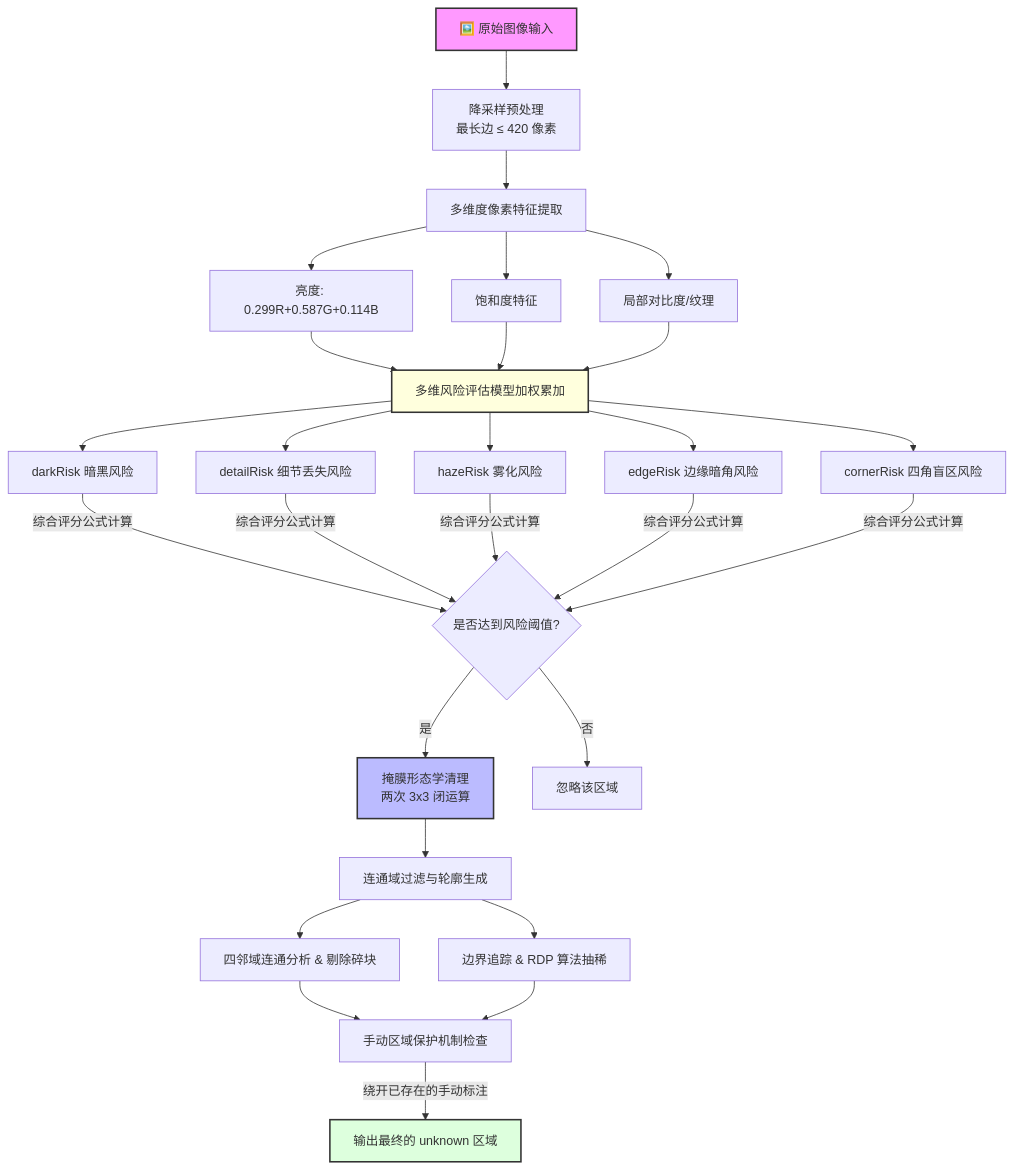
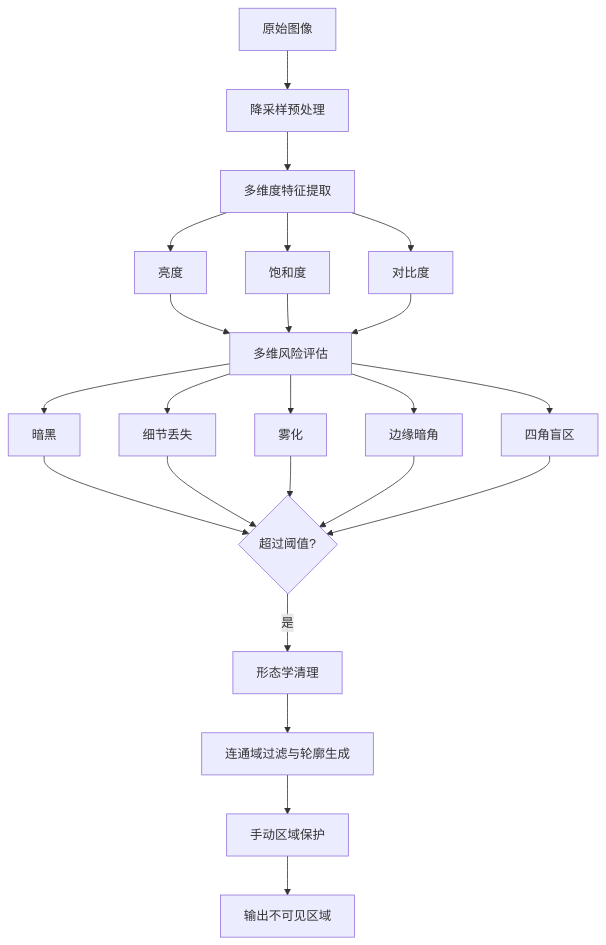
One commit to Kan9C00L/water-gauge-annotator changed the second of 2 diagrams in README.md. Above: the diagram before and after it, drawn with Mermaid. The commit also changed other lines of this file, not shown here.

````diff
--- a/README.md
+++ b/README.md
@@ -34,34 +22,19 @@
 ```mermaid
 graph TD
-    A[🖼️ 原始图像输入] --> B[降采样预处理<br/>最长边 ≤ 420 像素]
-    
-    B --> C[多维度像素特征提取]
-    C --> C1[亮度: 0.299R+0.587G+0.114B]
-    C --> C2[饱和度特征]
-    C --> C3[局部对比度/纹理]
-    
-    C1 & C2 & C3 --> D[多维风险评估模型加权累加]
-    
-    D --> D1[darkRisk 暗黑风险]
-    D --> D2[detailRisk 细节丢失风险]
-    D --> D3[hazeRisk 雾化风险]
-    D --> D4[edgeRisk 边缘暗角风险]
-    D --> D5[cornerRisk 四角盲区风险]
-    
-    D1 & D2 & D3 & D4 & D5 -->|综合评分公式计算| E{是否达到风险阈值?}
-    
-    E -->|是| F[掩膜形态学清理<br/>两次 3x3 闭运算]
-    E -->|否| J[忽略该区域]
-    
+    A[原始图像] --> B[降采样预处理]
+    B --> C[多维度特征提取]
+    C --> C1[亮度]
+    C --> C2[饱和度]
+    C --> C3[对比度]
+    C1 & C2 & C3 --> D[多维风险评估]
+    D --> D1[暗黑]
+    D --> D2[细节丢失]
+    D --> D3[雾化]
+    D --> D4[边缘暗角]
+    D --> D5[四角盲区]
+    D1 & D2 & D3 & D4 & D5 --> E{超过阈值?}
+    E -->|是| F[形态学清理]
     F --> G[连通域过滤与轮廓生成]
-    G --> G1[四邻域连通分析 & 剔除碎块]
-    G --> G2[边界追踪 & RDP 算法抽稀]
-    
-    G1 & G2 --> H[手动区域保护机制检查]
-    H -->|绕开已存在的手动标注| I[输出最终的 unknown 区域]
-    
-    style A fill:#f9f,stroke:#333,stroke-width:2px
-    style D fill:#ffd,stroke:#333,stroke-width:2px
-    style F fill:#bbf,stroke:#333,stroke-width:2px
-    style I fill:#dfd,stroke:#333,stroke-width:2px
+    G --> H[手动区域保护]
+    H --> I[输出不可见区域]
 ```
````
